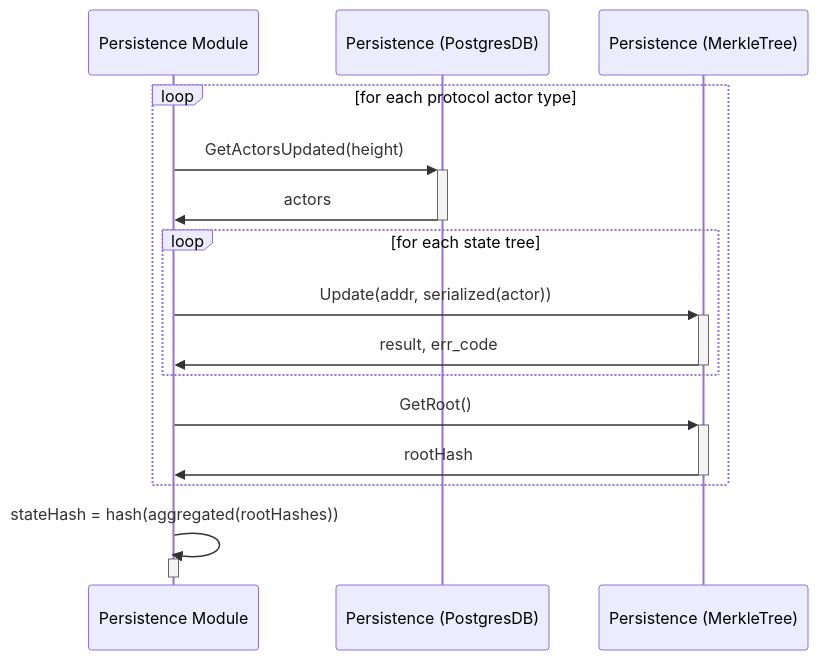
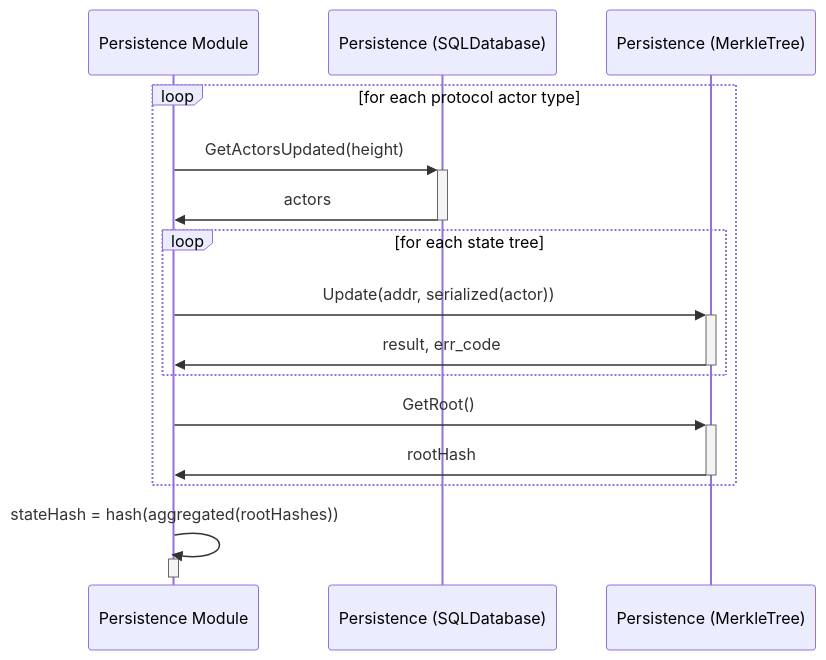
The first of 2 diagrams in persistence/docs/PROTOCOL_STATE_HASH.md (pokt-network/pocket), drawn with Mermaid before and after one commit. The commit also changed other lines of this file, not shown here.

Commit message:
Small commit

````diff
--- a/persistence/docs/PROTOCOL_STATE_HASH.md
+++ b/persistence/docs/PROTOCOL_STATE_HASH.md
@@ -7,21 +9,21 @@
 ```mermaid
 sequenceDiagram
     participant P as Persistence Module
-    participant PP as Persistence (PostgresDB)
+    participant PP as Persistence (SQLDatabase)
     participant PM as Persistence (MerkleTree)
 
     loop for each protocol actor type
         P->>+PP: GetActorsUpdated(height)
         PP->>-P: actors
         loop for each state tree
             P->>+PM: Update(addr, serialized(actor))
             PM->>-P: result, err_code
         end
         P->>+PM: GetRoot()
         PM->>-P: rootHash
     end
 
     P->>P: stateHash = hash(aggregated(rootHashes))
     activate P
     deactivate P
 ```
````
